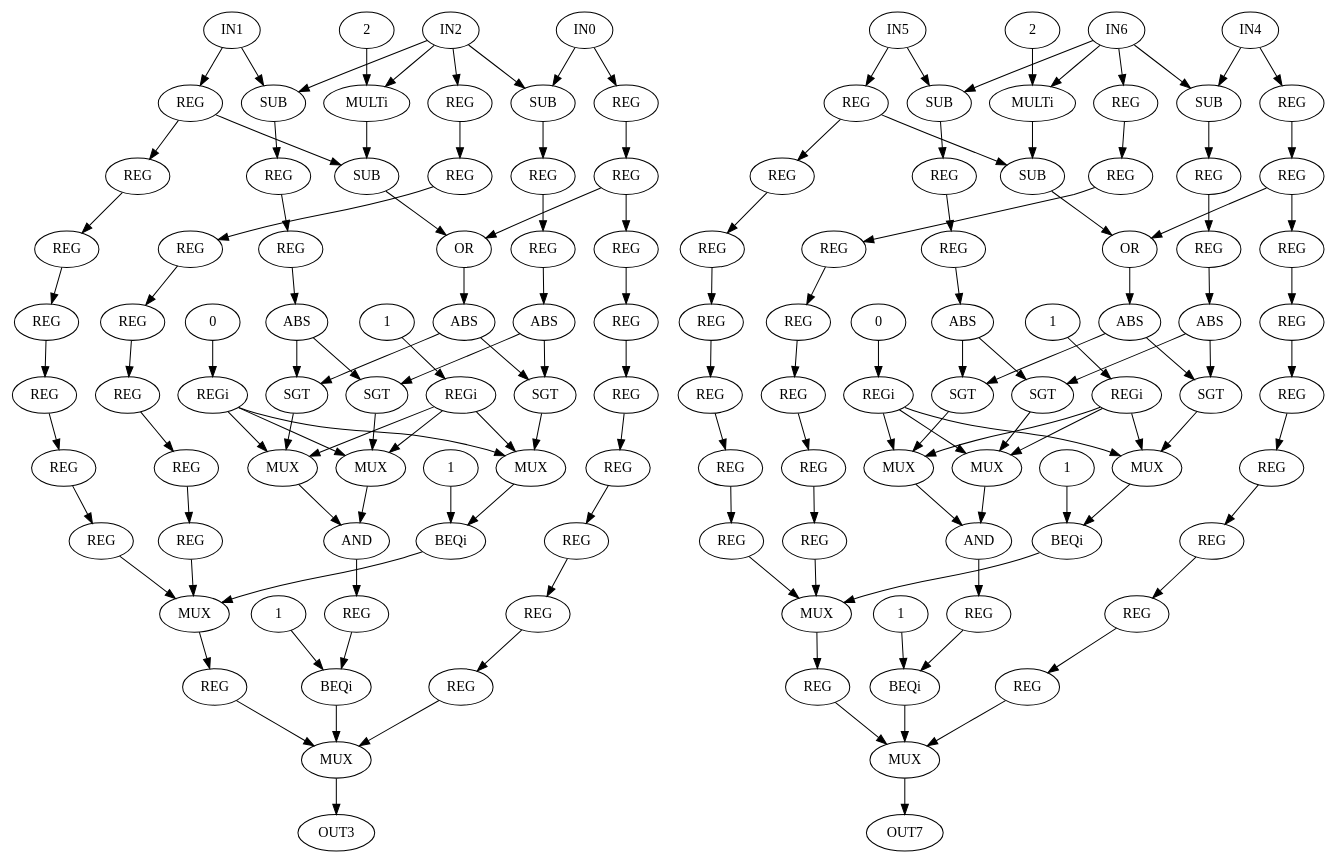
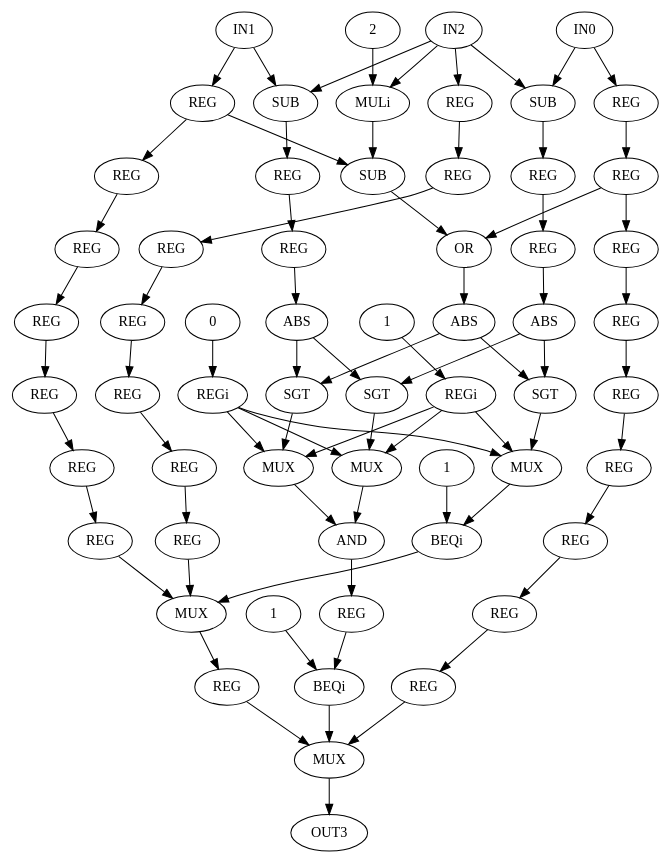
Before and after one commit to lesc-ufv/fdam: the diagram in fdam-samples/fdam-cgra-samples/cgra_128_radix8/sw/cpp/dot_dataflows/paeth.dot, drawn with Graphviz. The commit also changed 15 other files, not shown here.

```diff
--- a/fdam-samples/fdam-cgra-samples/cgra_128_radix8/sw/cpp/dot_dataflows/paeth.dot
+++ b/fdam-samples/fdam-cgra-samples/cgra_128_radix8/sw/cpp/dot_dataflows/paeth.dot
@@ -3,39 +3,39 @@
  1 [ label = IN1 ]
  2 [ label = IN2 ]
  3 [ label = OUT3 ]
- 4 [ label = IN4 ]
- 5 [ label = IN5 ]
- 6 [ label = IN6 ]
- 7 [ label = OUT7 ]
- 8 [ label = SUB]
- 9 [ label = SUB]
- 10 [ label = SUB]
- 11 [ label = MULTi, VALUE = 2]
- "11.2"[ label = 2 ]
- 12 [ label = OR]
- 13 [ label = SGT]
- 14 [ label = SGT]
- 15 [ label = SGT]
- 16 [ label = MUX]
- 17 [ label = MUX]
- 18 [ label = MUX]
- 19 [ label = REGi, VALUE = 1]
- "19.1"[ label = 1 ]
- 20 [ label = REGi, VALUE = 0]
- "20.0"[ label = 0 ]
- 21 [ label = AND]
- 22 [ label = REG]
- 23 [ label = REG]
- 24 [ label = REG]
- 25 [ label = REG]
- 26 [ label = ABS]
- 27 [ label = ABS]
- 28 [ label = ABS]
- 29 [ label = BEQi, VALUE = 1]
- "29.1"[ label = 1 ]
- 30 [ label = BEQi, VALUE = 1]
- "30.1"[ label = 1 ]
- 31 [ label = MUX]
+ 4 [ label = SUB]
+ 5 [ label = SUB]
+ 6 [ label = SUB]
+ 7 [ label = MULi, VALUE = 2]
+ "7.2"[ label = 2 ]
+ 8 [ label = OR]
+ 9 [ label = SGT]
+ 10 [ label = SGT]
+ 11 [ label = SGT]
+ 12 [ label = MUX]
+ 13 [ label = MUX]
+ 14 [ label = MUX]
+ 15 [ label = REGi, VALUE = 1]
+ "15.1"[ label = 1 ]
+ 16 [ label = REGi, VALUE = 0]
+ "16.0"[ label = 0 ]
+ 17 [ label = AND]
+ 18 [ label = REG]
+ 19 [ label = REG]
+ 20 [ label = REG]
+ 21 [ label = REG]
+ 22 [ label = ABS]
+ 23 [ label = ABS]
+ 24 [ label = ABS]
+ 25 [ label = BEQi, VALUE = 1]
+ "25.1"[ label = 1 ]
+ 26 [ label = BEQi, VALUE = 1]
+ "26.1"[ label = 1 ]
+ 27 [ label = MUX]
+ 28 [ label = REG]
+ 29 [ label = REG]
+ 30 [ label = REG]
+ 31 [ label = REG]
  32 [ label = REG]
  33 [ label = REG]
  34 [ label = REG]
@@ -55,210 +55,79 @@
  48 [ label = REG]
  49 [ label = REG]
  50 [ label = REG]
- 51 [ label = REG]
+ 51 [ label = MUX]
  52 [ label = REG]
  53 [ label = REG]
- 54 [ label = REG]
- 55 [ label = MUX]
- 56 [ label = REG]
- 57 [ label = REG]
- 58 [ label = SUB]
- 59 [ label = SUB]
- 60 [ label = SUB]
- 61 [ label = MULTi, VALUE = 2]
- "61.2"[ label = 2 ]
- 62 [ label = OR]
- 63 [ label = SGT]
- 64 [ label = SGT]
- 65 [ label = SGT]
- 66 [ label = MUX]
- 67 [ label = MUX]
- 68 [ label = MUX]
- 69 [ label = REGi, VALUE = 1]
- "69.1"[ label = 1 ]
- 70 [ label = REGi, VALUE = 0]
- "70.0"[ label = 0 ]
- 71 [ label = AND]
- 72 [ label = REG]
- 73 [ label = REG]
- 74 [ label = REG]
- 75 [ label = REG]
- 76 [ label = ABS]
- 77 [ label = ABS]
- 78 [ label = ABS]
- 79 [ label = BEQi, VALUE = 1]
- "79.1"[ label = 1 ]
- 80 [ label = BEQi, VALUE = 1]
- "80.1"[ label = 1 ]
- 81 [ label = MUX]
- 82 [ label = REG]
- 83 [ label = REG]
- 84 [ label = REG]
- 85 [ label = REG]
- 86 [ label = REG]
- 87 [ label = REG]
- 88 [ label = REG]
- 89 [ label = REG]
- 90 [ label = REG]
- 91 [ label = REG]
- 92 [ label = REG]
- 93 [ label = REG]
- 94 [ label = REG]
- 95 [ label = REG]
- 96 [ label = REG]
- 97 [ label = REG]
- 98 [ label = REG]
- 99 [ label = REG]
- 100 [ label = REG]
- 101 [ label = REG]
- 102 [ label = REG]
- 103 [ label = REG]
- 104 [ label = REG]
- 105 [ label = MUX]
- 106 [ label = REG]
- 107 [ label = REG]
- 0 -> 32
- 0 -> 8
- 1 -> 41
- 1 -> 9
- 2 -> 48
- 2 -> 8
- 2 -> 9
- 2 -> 11
- 4 -> 82
- 4 -> 58
- 5 -> 91
- 5 -> 59
- 6 -> 98
- 6 -> 58
- 6 -> 59
- 6 -> 61
- 8 -> 22
- 9 -> 24
- 10 -> 12
- "11.2" -> 11
- 11 -> 10
- 12 -> 28
- 13 -> 16
+ 0 -> 28
+ 0 -> 4
+ 1 -> 37
+ 1 -> 5
+ 2 -> 44
+ 2 -> 4
+ 2 -> 5
+ 2 -> 7
+ 4 -> 18
+ 5 -> 20
+ 6 -> 8
+ "7.2" -> 7
+ 7 -> 6
+ 8 -> 24
+ 9 -> 12
+ 10 -> 13
+ 11 -> 14
+ 12 -> 25
+ 13 -> 17
  14 -> 17
- 15 -> 18
- 16 -> 29
- 17 -> 21
- 18 -> 21
- "19.1" -> 19
- 19 -> 16
- 19 -> 17
- 19 -> 18
- "20.0" -> 20
- 20 -> 16
- 20 -> 17
- 20 -> 18
- 21 -> 56
- 22 -> 23
- 23 -> 27
- 24 -> 25
- 25 -> 26
- 26 -> 14
- 26 -> 15
- 27 -> 13
- 27 -> 15
- 28 -> 13
- 28 -> 14
- "29.1" -> 29
- 29 -> 31
- "30.1" -> 30
- 30 -> 55
- 31 -> 57
+ "15.1" -> 15
+ 15 -> 12
+ 15 -> 13
+ 15 -> 14
+ "16.0" -> 16
+ 16 -> 12
+ 16 -> 13
+ 16 -> 14
+ 17 -> 52
+ 18 -> 19
+ 19 -> 23
+ 20 -> 21
+ 21 -> 22
+ 22 -> 10
+ 22 -> 11
+ 23 -> 9
+ 23 -> 11
+ 24 -> 9
+ 24 -> 10
+ "25.1" -> 25
+ 25 -> 27
+ "26.1" -> 26
+ 26 -> 51
+ 27 -> 53
+ 28 -> 29
+ 29 -> 30
+ 29 -> 8
+ 30 -> 31
+ 31 -> 32
  32 -> 33
  33 -> 34
- 33 -> 12
  34 -> 35
  35 -> 36
- 36 -> 37
+ 36 -> 51
  37 -> 38
+ 37 -> 6
  38 -> 39
  39 -> 40
- 40 -> 55
+ 40 -> 41
  41 -> 42
- 41 -> 10
  42 -> 43
- 43 -> 44
+ 43 -> 27
  44 -> 45
  45 -> 46
  46 -> 47
- 47 -> 31
+ 47 -> 48
  48 -> 49
  49 -> 50
- 50 -> 51
- 51 -> 52
- 52 -> 53
- 53 -> 54
- 54 -> 31
- 55 -> 3
- 56 -> 30
- 57 -> 55
- 58 -> 72
- 59 -> 74
- 60 -> 62
- "61.2" -> 61
- 61 -> 60
- 62 -> 78
- 63 -> 66
- 64 -> 67
- 65 -> 68
- 66 -> 79
- 67 -> 71
- 68 -> 71
- "69.1" -> 69
- 69 -> 66
- 69 -> 67
- 69 -> 68
- "70.0" -> 70
- 70 -> 66
- 70 -> 67
- 70 -> 68
- 71 -> 106
- 72 -> 73
- 73 -> 77
- 74 -> 75
- 75 -> 76
- 76 -> 64
- 76 -> 65
- 77 -> 63
- 77 -> 65
- 78 -> 63
- 78 -> 64
- "79.1" -> 79
- 79 -> 81
- "80.1" -> 80
- 80 -> 105
- 81 -> 107
- 82 -> 83
- 83 -> 84
- 83 -> 62
- 84 -> 85
- 85 -> 86
- 86 -> 87
- 87 -> 88
- 88 -> 89
- 89 -> 90
- 90 -> 105
- 91 -> 92
- 91 -> 60
- 92 -> 93
- 93 -> 94
- 94 -> 95
- 95 -> 96
- 96 -> 97
- 97 -> 81
- 98 -> 99
- 99 -> 100
- 100 -> 101
- 101 -> 102
- 102 -> 103
- 103 -> 104
- 104 -> 81
- 105 -> 7
- 106 -> 80
- 107 -> 105
+ 50 -> 27
+ 51 -> 3
+ 52 -> 26
+ 53 -> 51
 }
```
